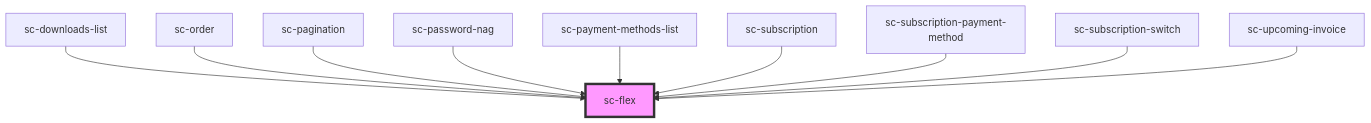
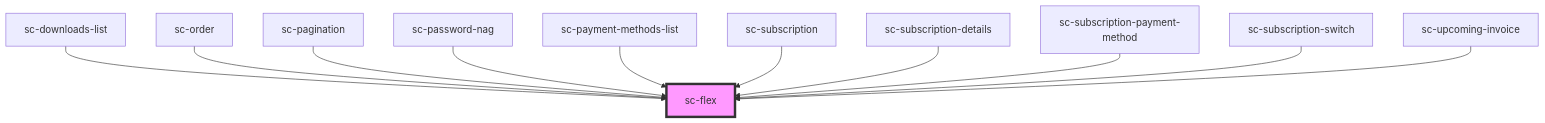
One commit to surecart/surecart-wp-plugin changed the diagram in packages/components/src/components/ui/flex/readme.md. Above: the diagram before and after it, drawn with Mermaid. The commit also changed other lines of this file and 15 other files, not shown here.

````diff
--- a/packages/components/src/components/ui/flex/readme.md
+++ b/packages/components/src/components/ui/flex/readme.md
@@ -34,13 +35,14 @@
 ```mermaid
 graph TD;
   sc-downloads-list --> sc-flex
   sc-order --> sc-flex
   sc-pagination --> sc-flex
   sc-password-nag --> sc-flex
   sc-payment-methods-list --> sc-flex
   sc-subscription --> sc-flex
+  sc-subscription-details --> sc-flex
   sc-subscription-payment-method --> sc-flex
   sc-subscription-switch --> sc-flex
   sc-upcoming-invoice --> sc-flex
   style sc-flex fill:#f9f,stroke:#333,stroke-width:4px
 ```
````
